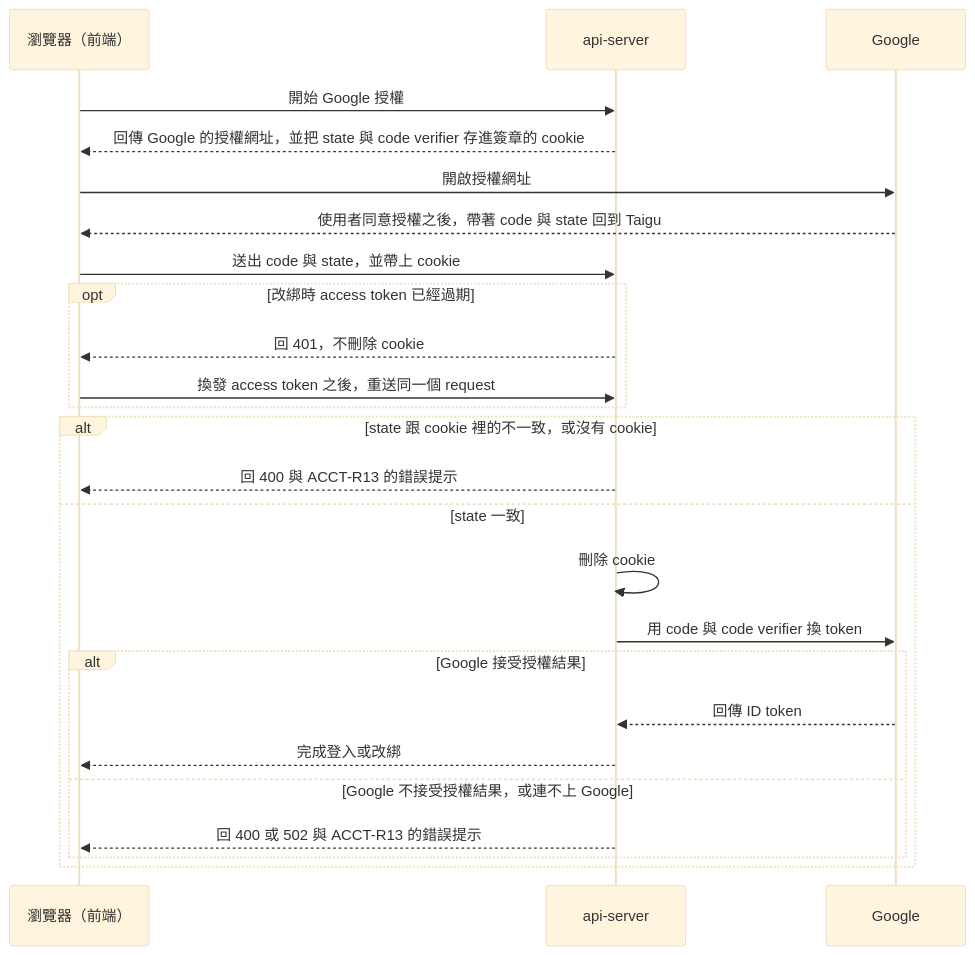
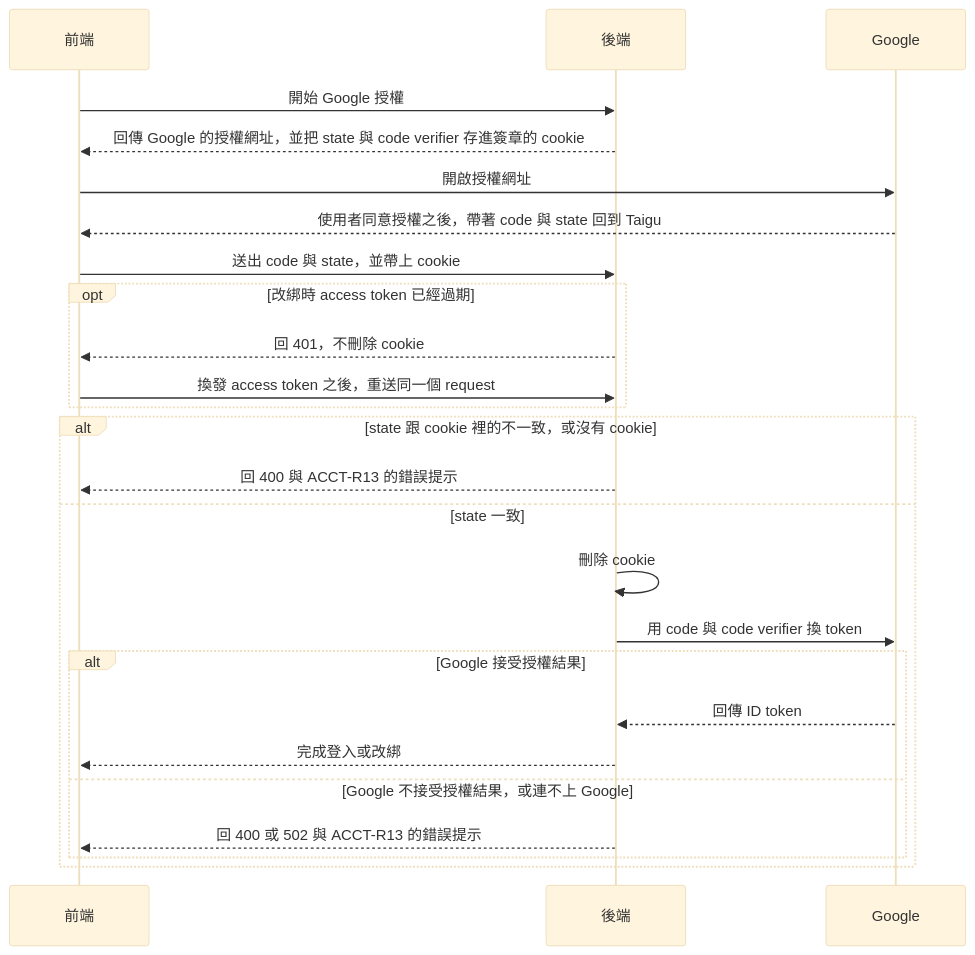
Before and after one commit to bingyangchen/taigu: the fourth of 5 diagrams in docs/specs/architecture.md, drawn with Mermaid (base theme). The commit also changed other lines of this file and 33 other files, not shown here.

Commit message:
Name the frontend or backend as the actor in specs, and move known issues to their own roadmap section (#231)

````diff
--- a/docs/specs/architecture.md
+++ b/docs/specs/architecture.md
@@ -67,27 +71,27 @@
 ```mermaid
 sequenceDiagram
-  participant B as 瀏覽器（前端）
-  participant A as api-server
+  participant B as 前端
+  participant A as 後端
   participant G as Google
   B->>A: 開始 Google 授權
   A-->>B: 回傳 Google 的授權網址，並把 state 與 code verifier 存進簽章的 cookie
   B->>G: 開啟授權網址
   G-->>B: 使用者同意授權之後，帶著 code 與 state 回到 Taigu
   B->>A: 送出 code 與 state，並帶上 cookie
   opt 改綁時 access token 已經過期
     A-->>B: 回 401，不刪除 cookie
     B->>A: 換發 access token 之後，重送同一個 request
   end
   alt state 跟 cookie 裡的不一致，或沒有 cookie
     A-->>B: 回 400 與 ACCT-R13 的錯誤提示
   else state 一致
     A->>A: 刪除 cookie
     A->>G: 用 code 與 code verifier 換 token
     alt Google 接受授權結果
       G-->>A: 回傳 ID token
       A-->>B: 完成登入或改綁
     else Google 不接受授權結果，或連不上 Google
       A-->>B: 回 400 或 502 與 ACCT-R13 的錯誤提示
     end
   end
 ```
````
